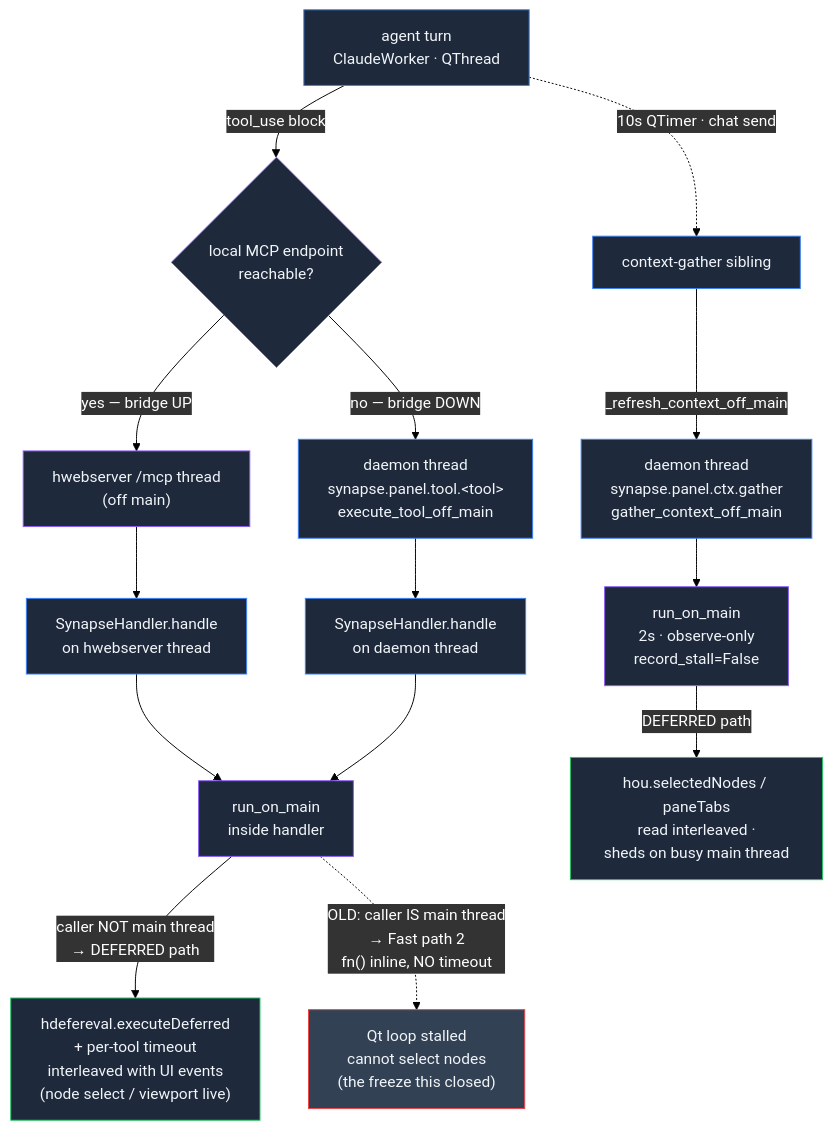
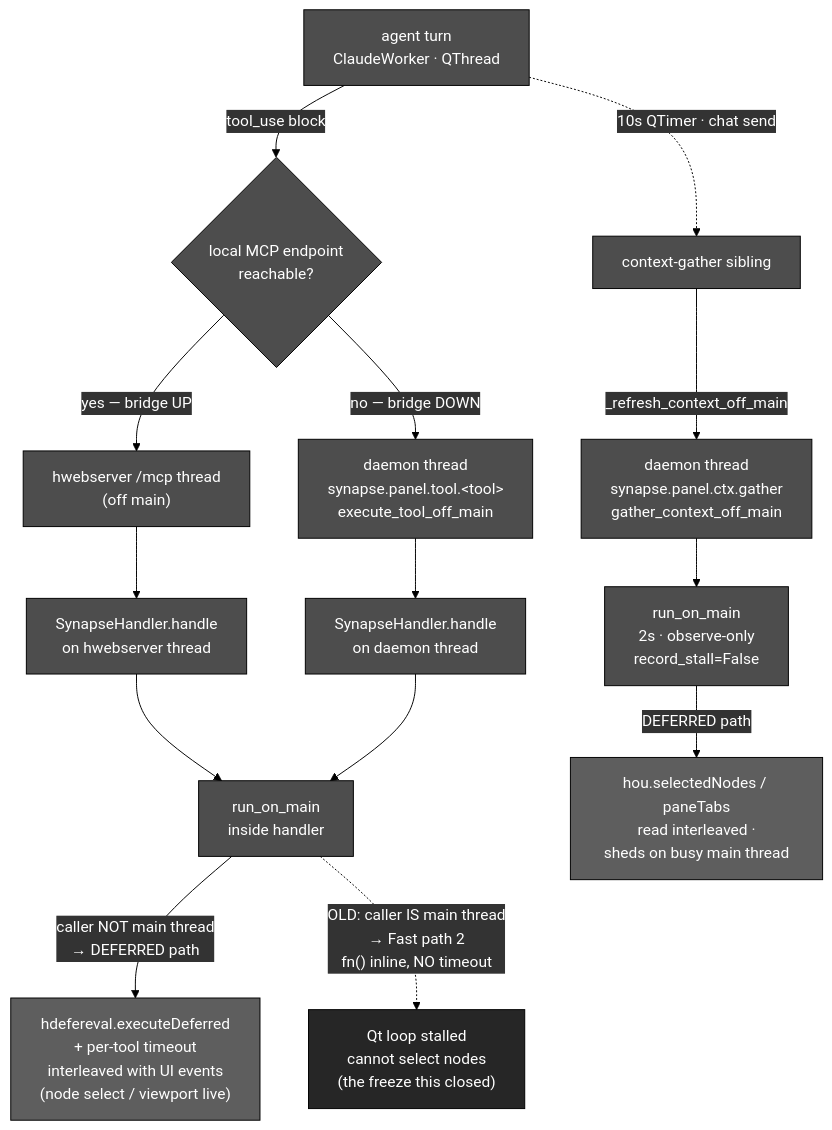
The fifth of 5 diagrams in README.md (JosephOIbrahim/Synapse), drawn with Mermaid before and after one commit.

Commit message:
docs(readme): threading diagram classDefs to grey/black/white - value-mapped, hue removed

````diff
--- a/README.md
+++ b/README.md
@@ -347,22 +347,22 @@
 ```mermaid
 %%{init: {'theme':'base','themeVariables':{'primaryColor':'#4d4d4d','primaryTextColor':'#FFFFFF','primaryBorderColor':'#000000','lineColor':'#000000','textColor':'#FFFFFF','secondaryColor':'#404040','tertiaryColor':'#333333','clusterBkg':'#333333','clusterBorder':'#000000','edgeLabelBackground':'#333333','nodeTextColor':'#FFFFFF'}}}%%
 flowchart TB
     TURN["agent turn<br/>ClaudeWorker &middot; QThread"]:::panel
     TURN -->|"tool_use block"| BR{"local MCP endpoint<br/>reachable?"}:::obs
     BR -->|"yes — bridge UP"| WS["hwebserver /mcp thread<br/>(off main)"]:::obs
     WS --> HDLR1["SynapseHandler.handle<br/>on hwebserver thread"]:::panel
     BR -->|"no — bridge DOWN"| DAEMON["daemon thread<br/>synapse.panel.tool.&lt;tool&gt;<br/>execute_tool_off_main"]:::panel
     DAEMON --> HDLR2["SynapseHandler.handle<br/>on daemon thread"]:::panel
     HDLR1 --> ROM["run_on_main<br/>inside handler"]:::obs
     HDLR2 --> ROM
     ROM -->|"caller NOT main thread<br/>→ DEFERRED path"| DEF["hdefereval.executeDeferred<br/>+ per-tool timeout<br/>interleaved with UI events<br/>(node select / viewport live)"]:::ok
     ROM -.->|"OLD: caller IS main thread<br/>→ Fast path 2<br/>fn() inline, NO timeout"| FROZEN["Qt loop stalled<br/>cannot select nodes<br/>(the freeze this closed)"]:::hot
     TURN -.->|"10s QTimer &middot; chat send"| CTX["context-gather sibling"]:::panel
     CTX -->|"_refresh_context_off_main"| GATHER["daemon thread<br/>synapse.panel.ctx.gather<br/>gather_context_off_main"]:::panel
     GATHER --> ROMCTX["run_on_main<br/>2s &middot; observe-only<br/>record_stall=False"]:::obs
     ROMCTX -->|"DEFERRED path"| DEFCTX["hou.selectedNodes / paneTabs<br/>read interleaved &middot;<br/>sheds on busy main thread"]:::ok
-    classDef panel fill:#1e293b,stroke:#3b82f6,color:#f1f5f9
-    classDef obs fill:#1e293b,stroke:#8b5cf6,color:#f1f5f9
-    classDef hot fill:#334155,stroke:#ef4444,color:#f1f5f9
-    classDef ok fill:#1e293b,stroke:#22c55e,color:#f1f5f9
+    classDef panel fill:#4d4d4d,stroke:#000000,color:#FFFFFF
+    classDef obs fill:#4d4d4d,stroke:#000000,color:#FFFFFF
+    classDef hot fill:#262626,stroke:#000000,color:#FFFFFF
+    classDef ok fill:#5e5e5e,stroke:#000000,color:#FFFFFF
 ```
````
